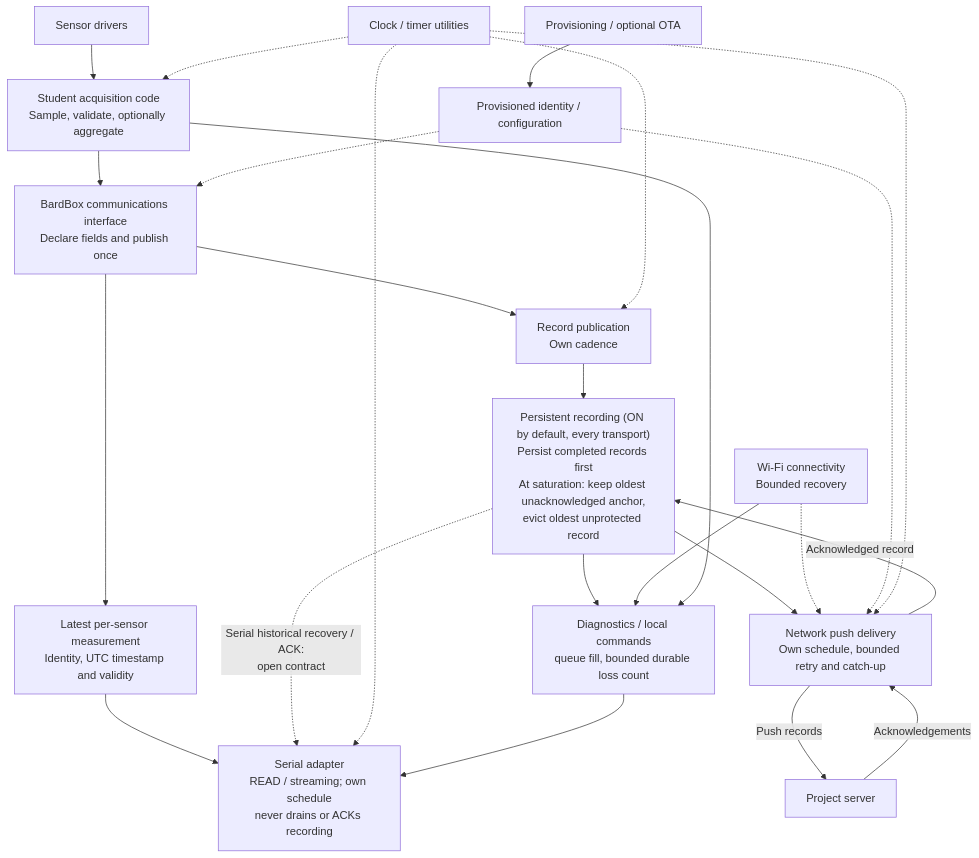
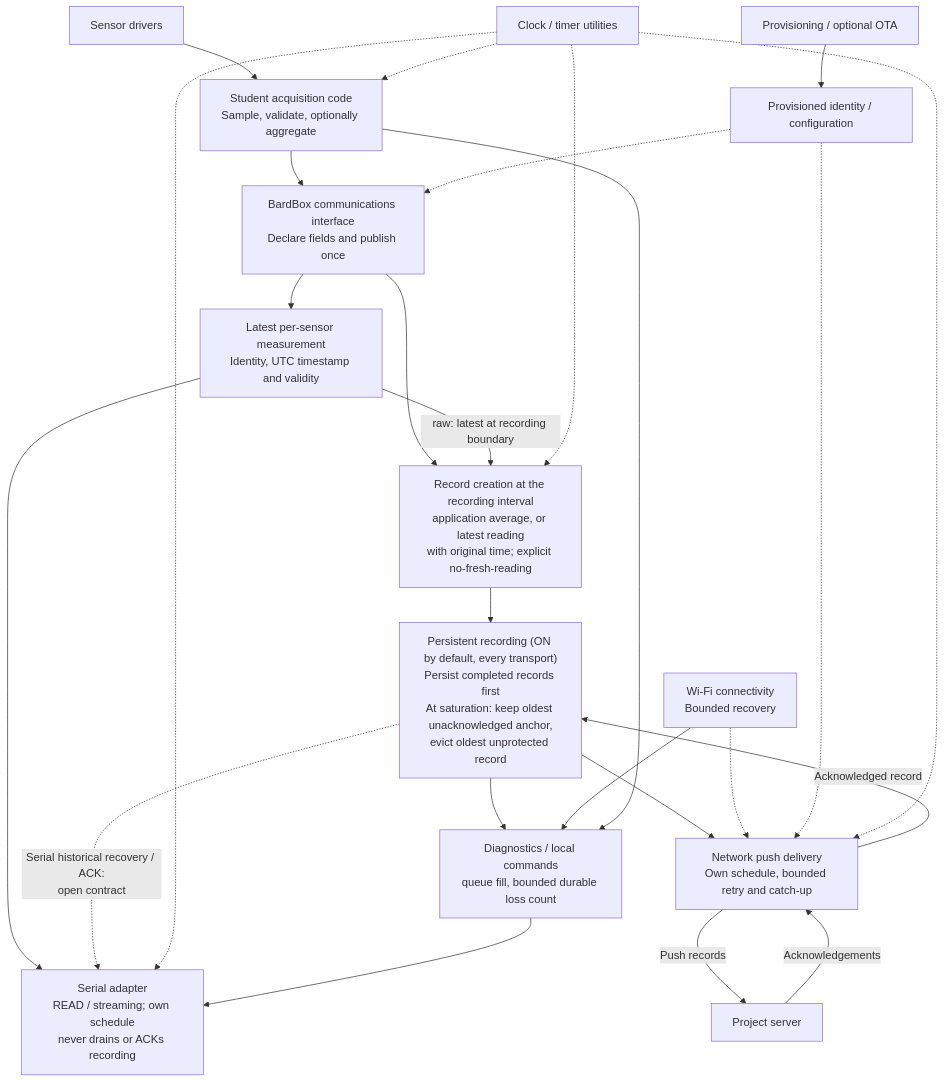
The first of 3 diagrams in docs/architecture-map.md (bardphysicslab/bardbox), drawn with Mermaid before and after one commit. The commit also changed other lines of this file and 6 other files, not shown here.

First line of the commit message:
Index recording interval and missing-reading decisions (BB-009, BB-010)

````diff
--- a/docs/architecture-map.md
+++ b/docs/architecture-map.md
@@ -43,27 +44,28 @@
 ```mermaid
 flowchart TB
     Sensors["Sensor drivers"] --> Acquisition["Student acquisition code<br/>Sample, validate, optionally aggregate"]
     Acquisition --> Publish["BardBox communications interface<br/>Declare fields and publish once"]
     Publish --> Latest["Latest per-sensor measurement<br/>Identity, UTC timestamp and validity"]
     Latest --> Serial["Serial adapter<br/>READ / streaming; own schedule<br/>never drains or ACKs recording"]
-    Publish --> Records["Record publication<br/>Own cadence"]
+    Publish --> Records["Record creation at the recording interval<br/>application average, or latest reading<br/>with original time; explicit no-fresh-reading"]
+    Latest -->|"raw: latest at recording boundary"| Records
     Records --> Queue["Persistent recording (ON by default, every transport)<br/>Persist completed records first<br/>At saturation: keep oldest unacknowledged anchor,<br/>evict oldest unprotected record"]
     Queue --> Upload["Network push delivery<br/>Own schedule, bounded retry and catch-up"]
     Upload -->|Acknowledged record| Queue
     Upload -->|Push records| Server["Project server"]
     Server -->|Acknowledgements| Upload
     Queue -.->|"Serial historical recovery / ACK:<br/>open contract"| Serial
     WiFi["Wi-Fi connectivity<br/>Bounded recovery"] -.-> Upload
     Identity["Provisioned identity / configuration"] -.-> Publish
     Identity -.-> Upload
     Time["Clock / timer utilities"] -.-> Acquisition
     Time -.-> Records
     Time -.-> Serial
     Time -.-> Upload
     Diagnostics["Diagnostics / local commands<br/>queue fill, bounded durable loss count"]
     Queue --> Diagnostics
     WiFi --> Diagnostics
     Acquisition --> Diagnostics
     Diagnostics --> Serial
     Maintenance["Provisioning / optional OTA"] --> Identity
 ```
````
